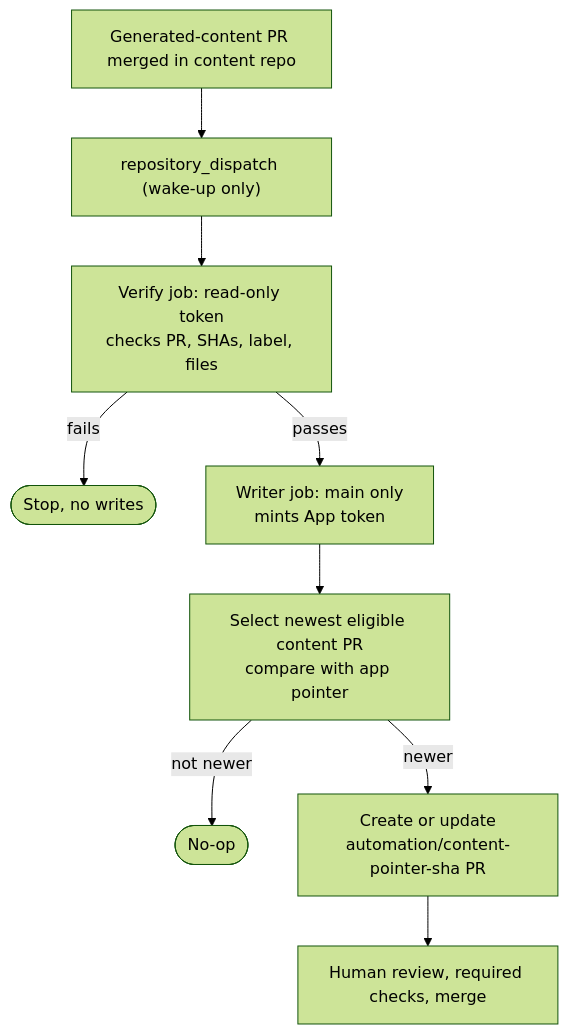
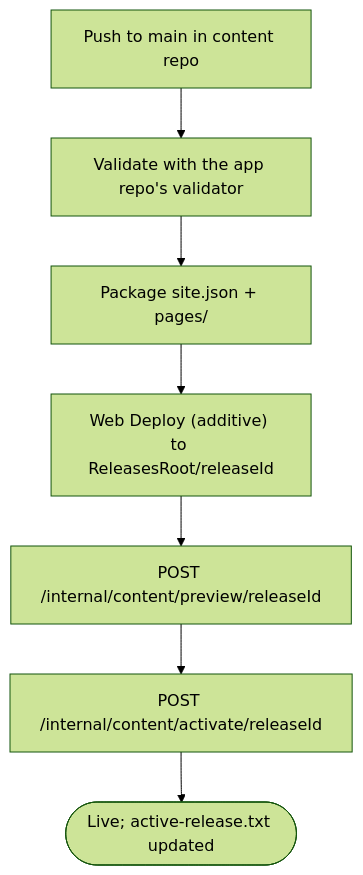
One commit to fredrik-hellmangroup/cv-online-presenter changed the diagram in docs/repositories.md. Above: the diagram before and after it, drawn with Mermaid (forest theme). The commit also changed other lines of this file and 41 other files, not shown here.

First line of the commit message:
Replace content submodule with public template and persisted content releases

````diff
--- a/docs/repositories.md
+++ b/docs/repositories.md
@@ -14,11 +23,9 @@
 ```mermaid
 flowchart TD
-    M["Generated-content PR merged in content repo"] --> D["repository_dispatch (wake-up only)"]
-    D --> V["Verify job: read-only token<br/>checks PR, SHAs, label, files"]
-    V -->|fails| X1(["Stop, no writes"])
-    V -->|passes| W["Writer job: main only<br/>mints App token"]
-    W --> S["Select newest eligible content PR<br/>compare with app pointer"]
-    S -->|not newer| X2(["No-op"])
-    S -->|newer| P["Create or update<br/>automation/content-pointer-sha PR"]
-    P --> H["Human review, required checks, merge"]
+    M["Push to main in content repo"] --> V["Validate with the app repo's validator"]
+    V --> P["Package site.json + pages/"]
+    P --> W["Web Deploy (additive) to ReleasesRoot/releaseId"]
+    W --> PR["POST /internal/content/preview/releaseId"]
+    PR --> A["POST /internal/content/activate/releaseId"]
+    A --> L(["Live; active-release.txt updated"])
 ```
````
